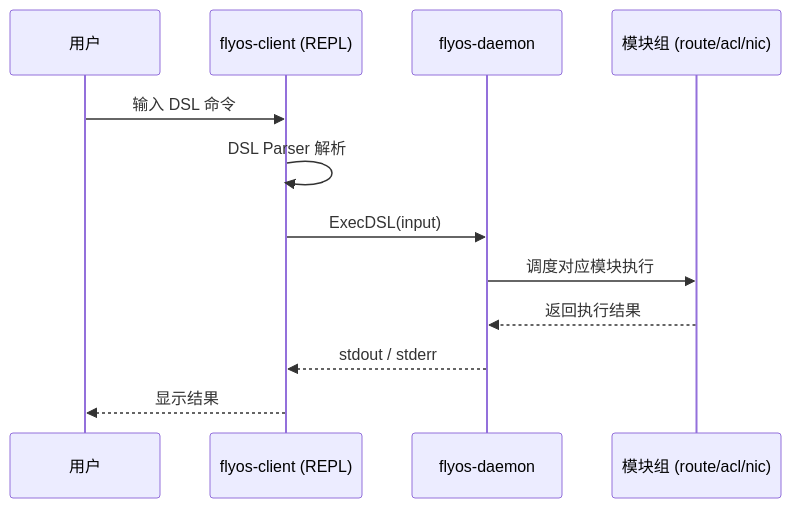
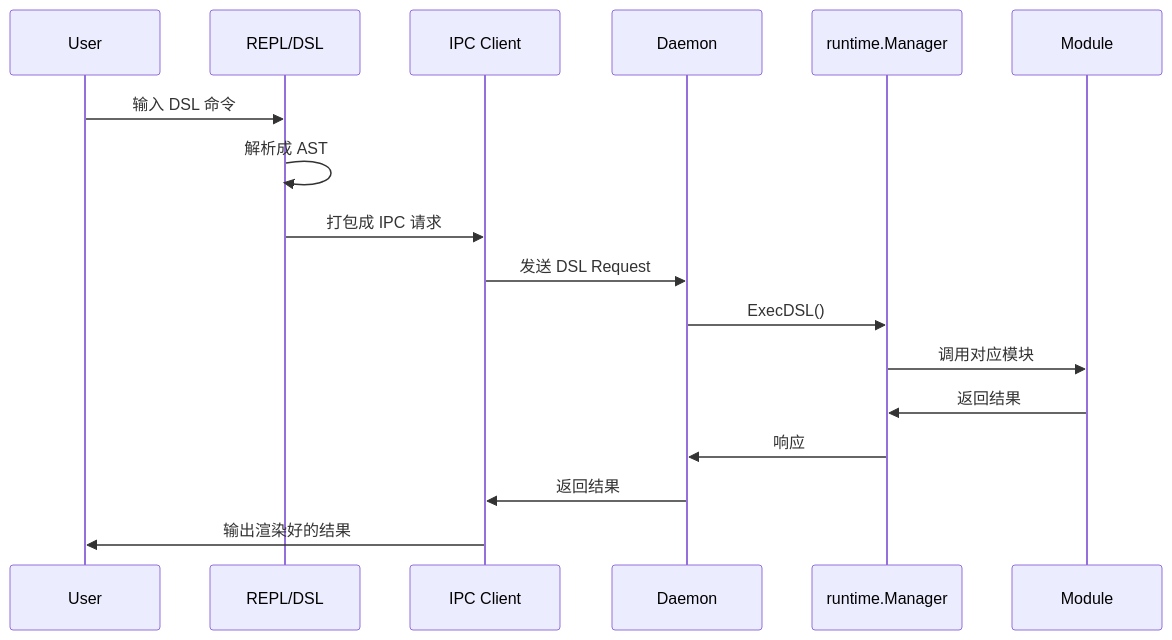
Before and after one commit to flystary/flyos: the second of 5 diagrams in README.md, drawn with Mermaid. The commit also changed other lines of this file and 1 other file, not shown here.

````diff
--- a/README.md
+++ b/README.md
@@ -64,15 +221,20 @@
 ```mermaid
 sequenceDiagram
-    participant User as 用户
-    participant REPL as flyos-client (REPL)
-    participant Daemon as flyos-daemon
-    participant Module as 模块组 (route/acl/nic)
+    participant U as User
+    participant R as REPL/DSL
+    participant I as IPC Client
+    participant D as Daemon
+    participant M as runtime.Manager
+    participant MOD as Module
 
-    User->>REPL: 输入 DSL 命令
-    REPL->>REPL: DSL Parser 解析
-    REPL->>Daemon: ExecDSL(input)
-    Daemon->>Module: 调度对应模块执行
-    Module-->>Daemon: 返回执行结果
-    Daemon-->>REPL: stdout / stderr
-    REPL-->>User: 显示结果
+    U->>R: 输入 DSL 命令
+    R->>R: 解析成 AST
+    R->>I: 打包成 IPC 请求
+    I->>D: 发送 DSL Request
+    D->>M: ExecDSL()
+    M->>MOD: 调用对应模块
+    MOD->>M: 返回结果
+    M->>D: 响应
+    D->>I: 返回结果
+    I->>U: 输出渲染好的结果
 ```
````
